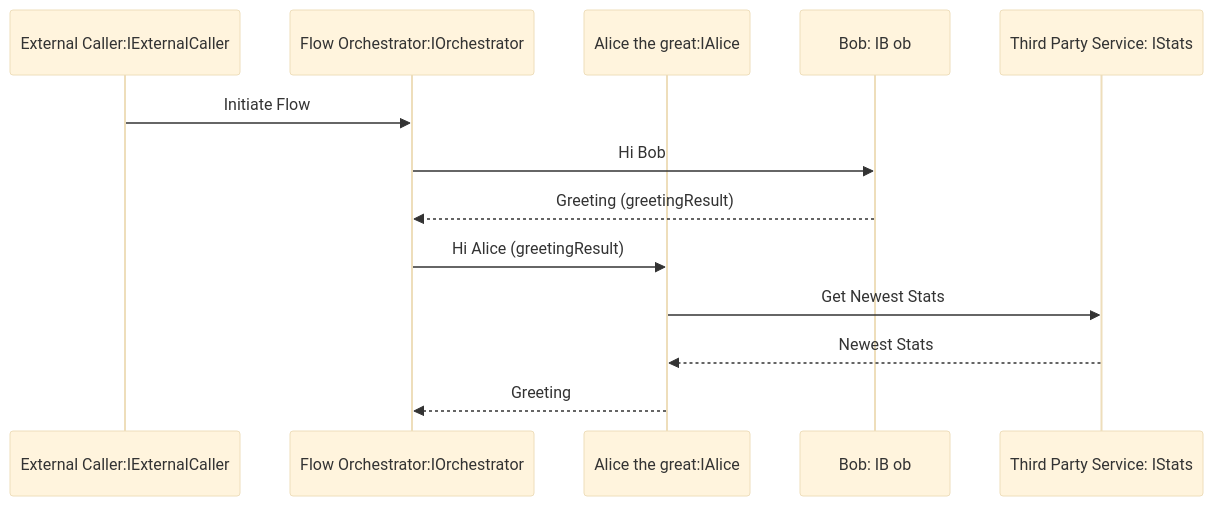
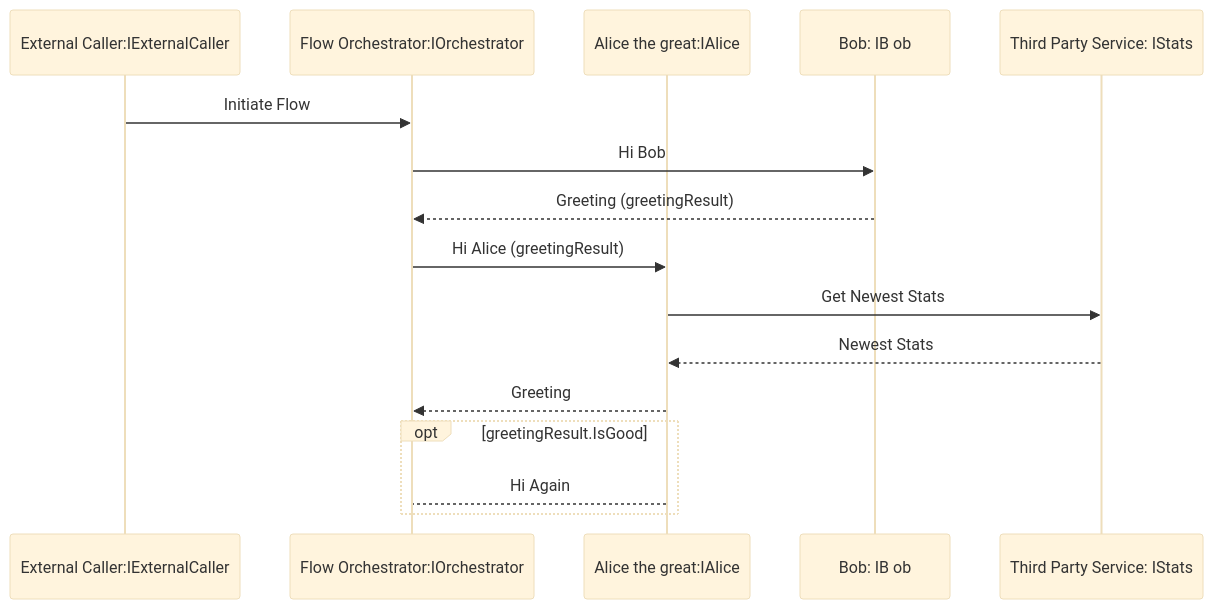
The diagram in src/SequenceSourceGenerator/Puppy.SequenceSourceGenerator/Puppy.SequenceSourceGenerator.Tests/sample-flow.md (TheJuanitoLearnsShow/PuppyGeneratorFromDiagrams), drawn with Mermaid (base theme) before and after one commit. The commit also changed 7 other files, not shown here.

````diff
--- a/src/SequenceSourceGenerator/Puppy.SequenceSourceGenerator/Puppy.SequenceSourceGenerator.Tests/sample-flow.md
+++ b/src/SequenceSourceGenerator/Puppy.SequenceSourceGenerator/Puppy.SequenceSourceGenerator.Tests/sample-flow.md
@@ -2,15 +2,18 @@
 ```mermaid
 sequenceDiagram
     participant api as External Caller:IExternalCaller
     participant o as Flow Orchestrator:IOrchestrator
     participant a as Alice the great:IAlice
     participant b as Bob: IB ob
     participant t as Third Party Service: IStats
     api->>o: Initiate Flow
     o->>b: Hi Bob
     b-->>o: Greeting (greetingResult)
     o->>a: Hi Alice (greetingResult)
     a->>t: Get Newest Stats
     t-->>a: Newest Stats
     a-->>o: Greeting
+    opt greetingResult.IsGood
+        a-->o: Hi Again
+    end
 ```
````
